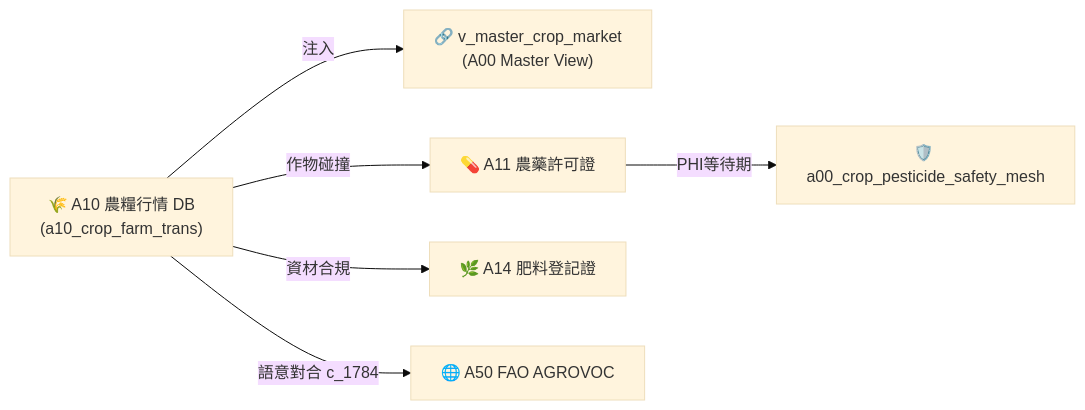
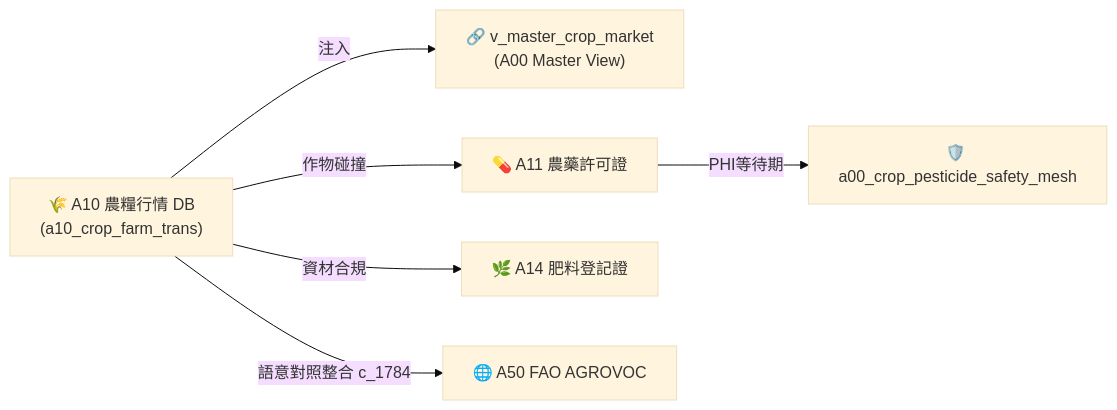
One commit to wuulong/tw-agro-db changed the diagram in book/03_01_a10_tw_crop_db.md. Above: the diagram before and after it, drawn with Mermaid (base theme). The commit also changed other lines of this file and 34 other files, not shown here.

````diff
--- a/book/03_01_a10_tw_crop_db.md
+++ b/book/03_01_a10_tw_crop_db.md
@@ -99,14 +99,14 @@
 ```mermaid
 flowchart LR
     A10["🌾 A10 農糧行情 DB<br/>(a10_crop_farm_trans)"]
     A00_VIEW["🔗 v_master_crop_market<br/>(A00 Master View)"]
     A11["💊 A11 農藥許可證"]
     A14["🌿 A14 肥料登記證"]
     A50["🌐 A50 FAO AGROVOC"]
     MESH["🛡️ a00_crop_pesticide_safety_mesh"]
 
     A10 -->|注入| A00_VIEW
     A10 -->|作物碰撞| A11 -->|PHI等待期| MESH
     A10 -->|資材合規| A14
-    A10 -->|語意對合 c_1784| A50
+    A10 -->|語意對照整合 c_1784| A50
 ```
````
